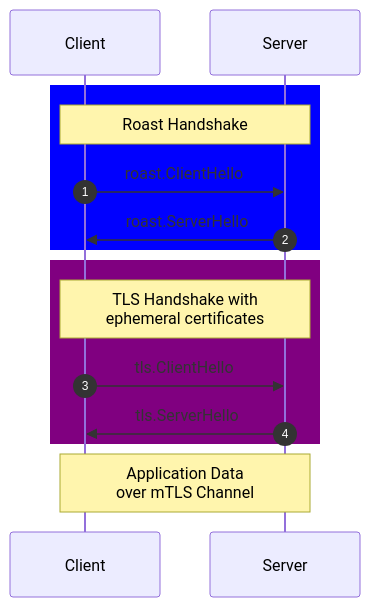
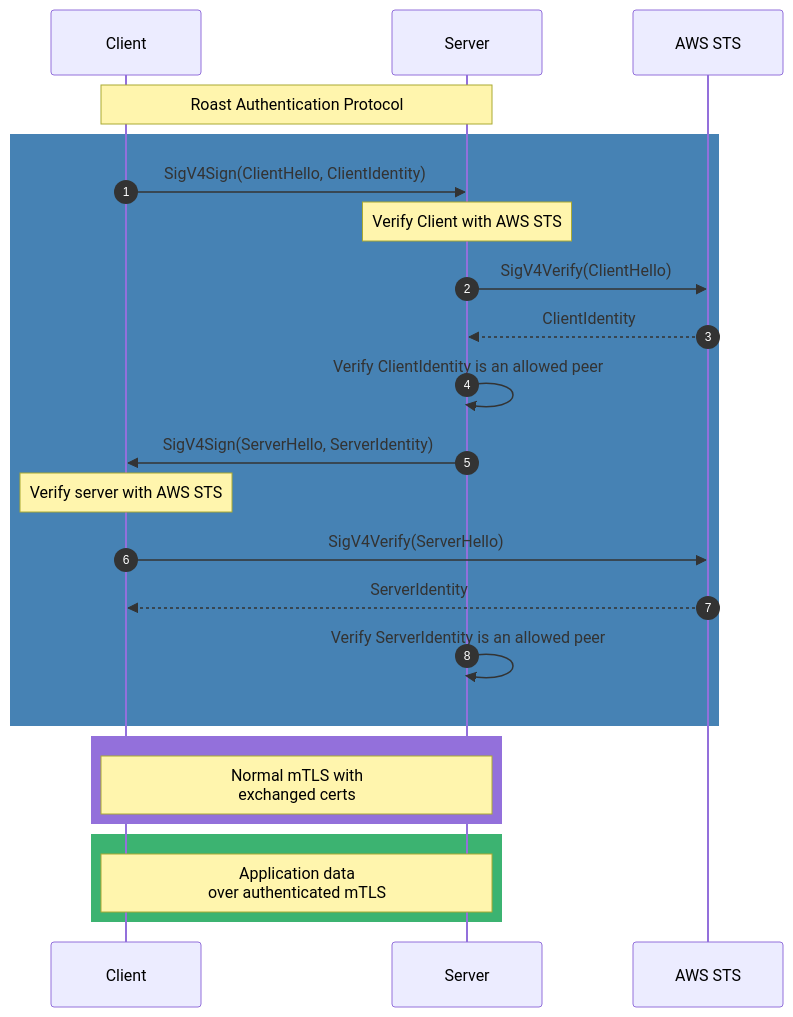
The first of 2 diagrams in docs/protocol.md (thomasdesr/roast), drawn with Mermaid before and after one commit. The commit also changed other lines of this file, not shown here.

Commit message:
Clean up protocol diagrams

````diff
--- a/docs/protocol.md
+++ b/docs/protocol.md
@@ -58,19 +58,33 @@
 ```mermaid
 sequenceDiagram
     autonumber
     participant C as Client
     participant S as Server
+    participant AWS as AWS STS
 
-    rect Blue
-        Note over C,S: Roast Handshake
-        C->>S: roast.ClientHello
-        S->>C: roast.ServerHello
+    Note over C,S: Roast Authentication Protocol
+
+    rect rgb(70, 130, 180)
+        C->>S: SigV4Sign(ClientHello, ClientIdentity)
+
+        Note over S: Verify Client with AWS STS
+        S->>AWS: SigV4Verify(ClientHello)
+        AWS-->>S: ClientIdentity
+        S->>S: Verify ClientIdentity is an allowed peer
+        
+        S->>C: SigV4Sign(ServerHello, ServerIdentity)
+
+        Note over C: Verify server with AWS STS
+        C->>AWS: SigV4Verify(ServerHello)
+        AWS-->>C: ServerIdentity
+        S->>S: Verify ServerIdentity is an allowed peer
     end
 
-    rect Purple
-        Note over C,S: TLS Handshake with<br/>ephemeral certificates
-        C->>S: tls.ClientHello
-        S->>C: tls.ServerHello
+    rect rgb(147, 112, 219)
+        Note over C,S:Normal mTLS with<br/>exchanged certs
     end
-    Note over C,S: Application Data<br/>over mTLS Channel
+    
+    rect rgb(60, 179, 113)
+        Note over C,S: Application data<br/>over authenticated mTLS
+    end
 ```
````
